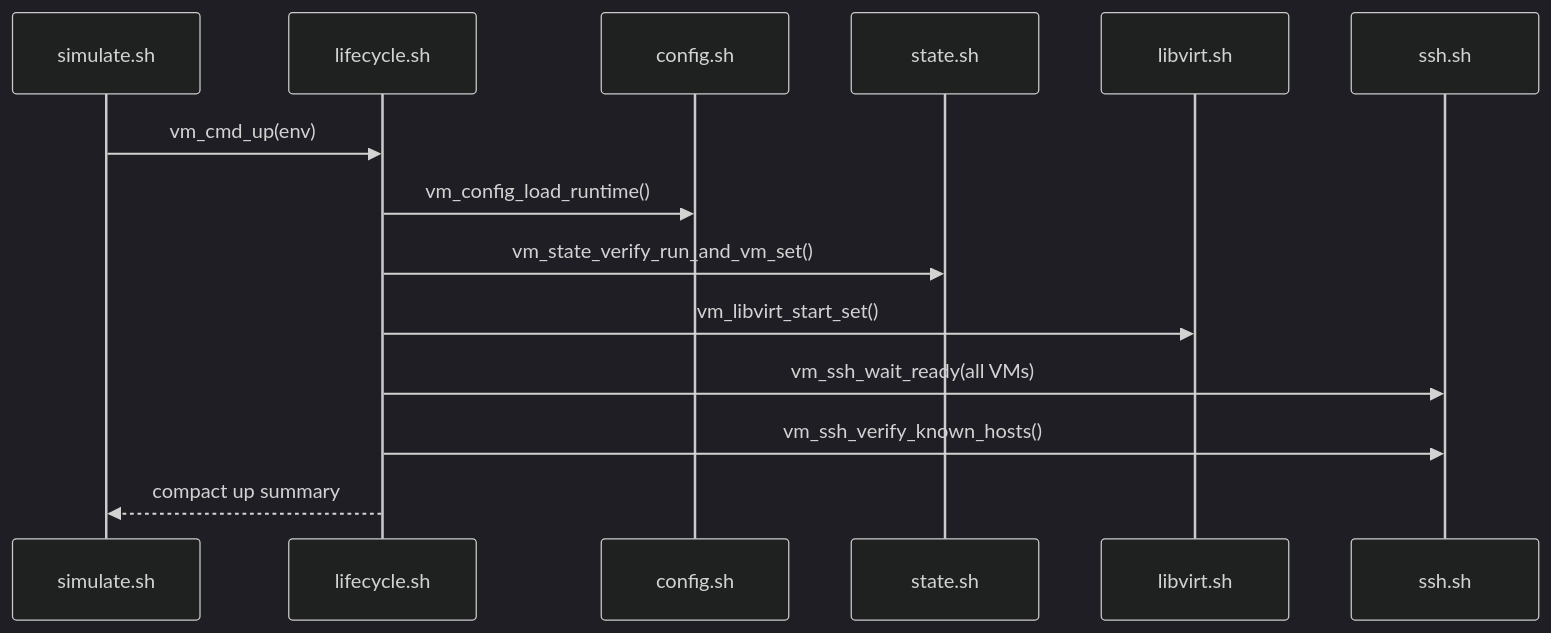
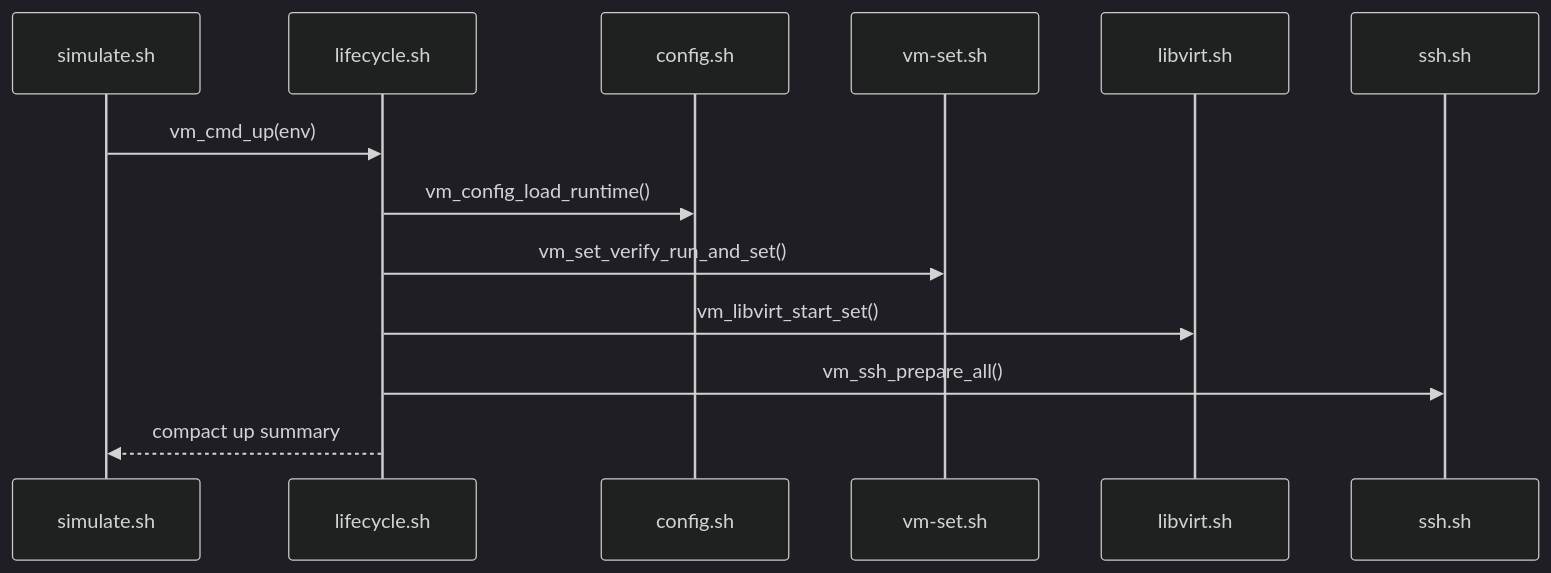
Before and after one commit to NoNine/loopforge: the fourth of 19 diagrams in simulation/vm/sequences.md, drawn with Mermaid (dark theme). The commit also changed other lines of this file and 18 other files, not shown here.

````diff
--- a/simulation/vm/sequences.md
+++ b/simulation/vm/sequences.md
@@ -79,17 +80,16 @@
 ```mermaid
 sequenceDiagram
   participant CLI as simulate.sh
   participant LC as lifecycle.sh
   participant CFG as config.sh
-  participant ST as state.sh
+  participant SET as vm-set.sh
   participant LV as libvirt.sh
   participant SSH as ssh.sh
 
   CLI->>LC: vm_cmd_up(env)
   LC->>CFG: vm_config_load_runtime()
-  LC->>ST: vm_state_verify_run_and_vm_set()
+  LC->>SET: vm_set_verify_run_and_set()
   LC->>LV: vm_libvirt_start_set()
-  LC->>SSH: vm_ssh_wait_ready(all VMs)
-  LC->>SSH: vm_ssh_verify_known_hosts()
+  LC->>SSH: vm_ssh_prepare_all()
   LC-->>CLI: compact up summary
 ```
````
